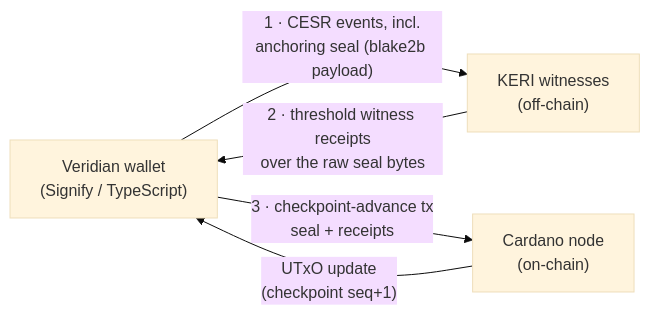
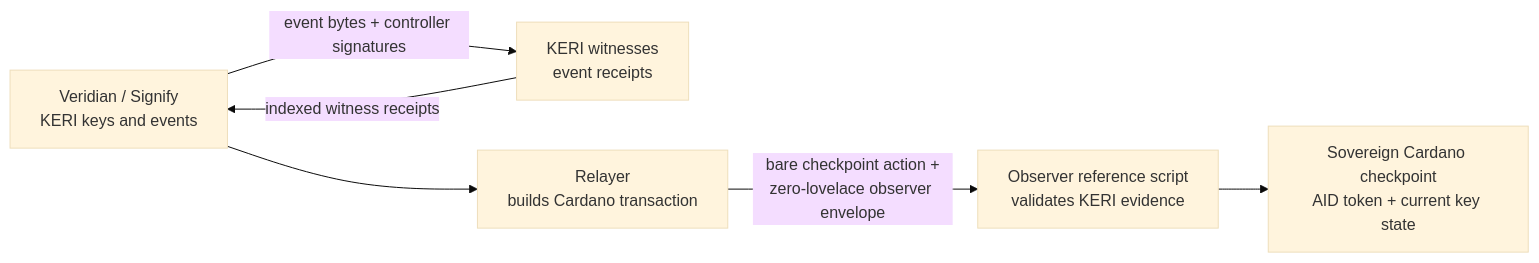
The diagram in docs/architecture/veridian-bridge.md (lambdasistemi/cardano-keri), drawn with Mermaid (base theme) before and after one commit. The commit also changed other lines of this file and 24 other files, not shown here.

````diff
--- a/docs/architecture/veridian-bridge.md
+++ b/docs/architecture/veridian-bridge.md
@@ -62,11 +33,14 @@
 ```mermaid
 flowchart LR
-    V["Veridian wallet<br/>(Signify / TypeScript)"]
-    K["KERI witnesses<br/>(off-chain)"]
-    C["Cardano node<br/>(on-chain)"]
+    V["Veridian / Signify<br/>KERI keys and events"]
+    W["KERI witnesses<br/>event receipts"]
+    R["Relayer<br/>builds Cardano transaction"]
+    O["Observer reference script<br/>validates KERI evidence"]
+    C["Sovereign Cardano checkpoint<br/>AID token + current key state"]
 
-    V -->|"1 · CESR events, incl.<br/>anchoring seal (blake2b payload)"| K
-    K -->|"2 · threshold witness receipts<br/>over the raw seal bytes"| V
-    V -->|"3 · checkpoint-advance tx<br/>seal + receipts"| C
-    C -->|"UTxO update<br/>(checkpoint seq+1)"| V
+    V -->|"event bytes + controller signatures"| W
+    W -->|"indexed witness receipts"| V
+    V --> R
+    R -->|"bare checkpoint action +<br/>zero-lovelace observer envelope"| O
+    O --> C
 ```
````
